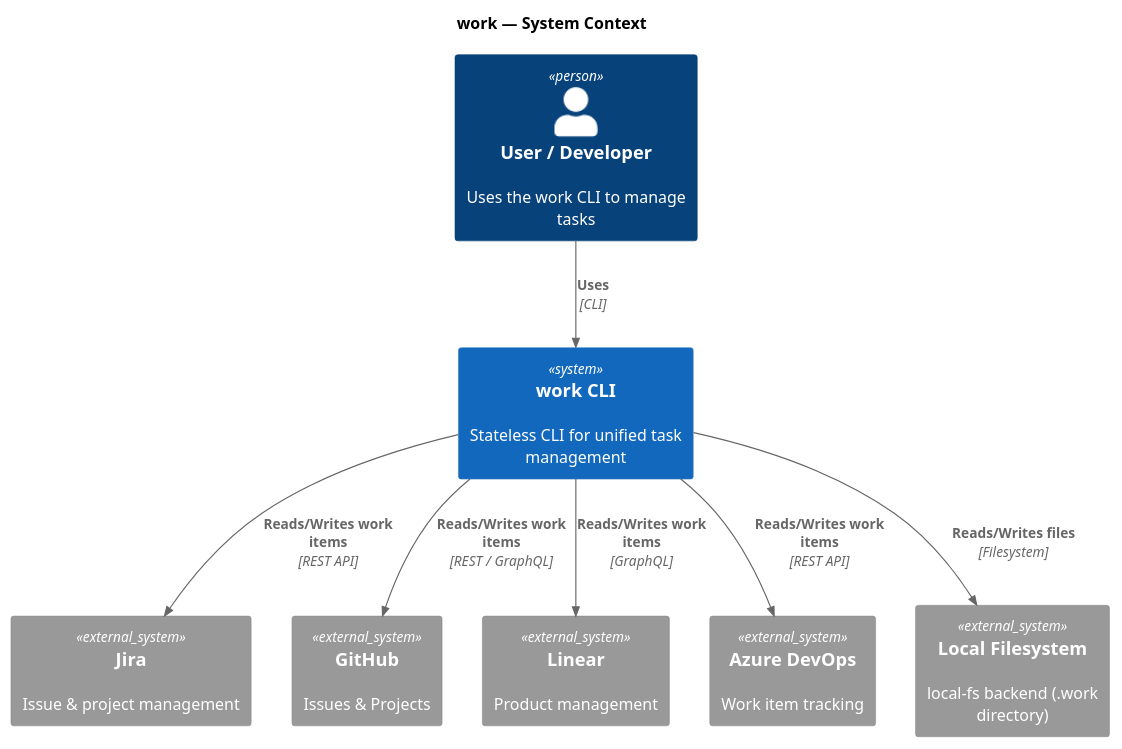
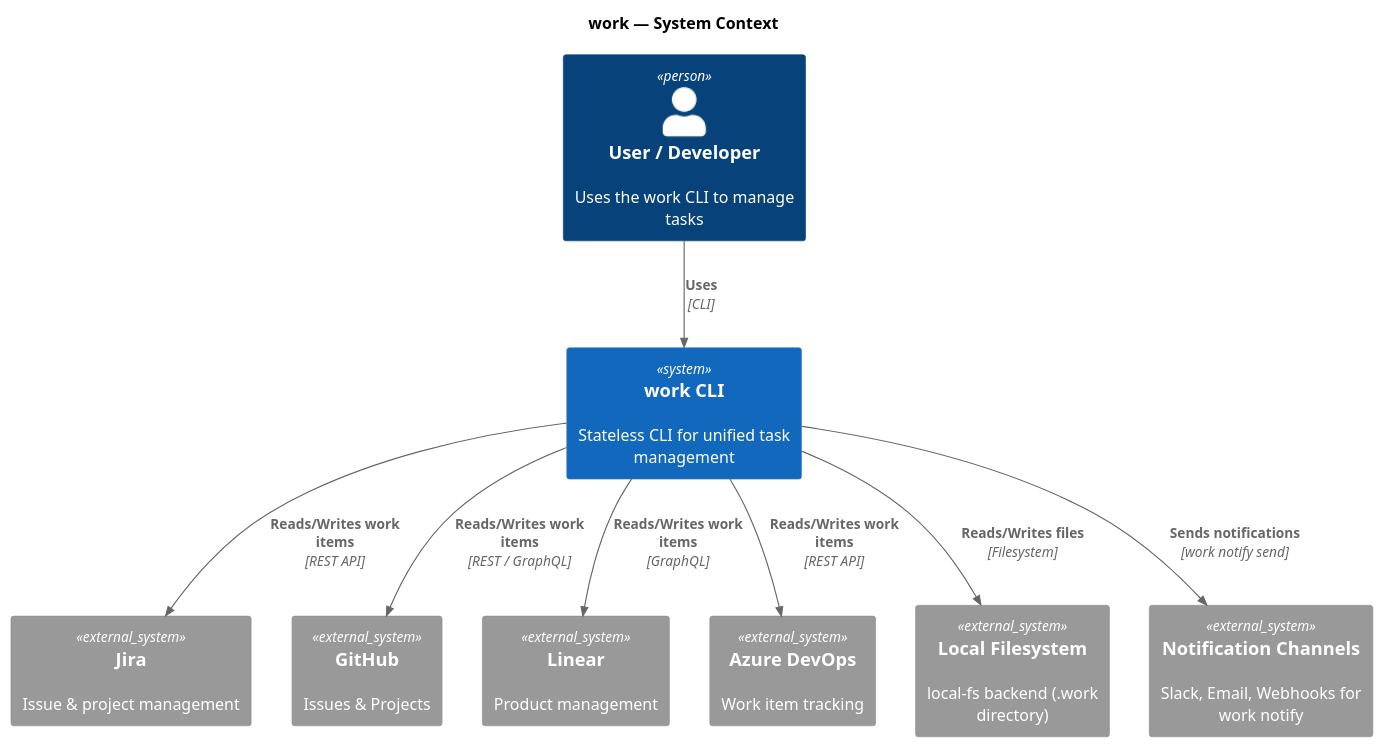
Before and after one commit to tbrandenburg/work: the first of 4 diagrams in docs/work-c4-architecture.md, drawn with PlantUML. The commit also changed 84 other files, not shown here.

````diff
--- a/docs/work-c4-architecture.md
+++ b/docs/work-c4-architecture.md
@@ -11,25 +11,27 @@
 ```plantuml
 @startuml
 !include <C4/C4_Context>
 
 title work — System Context
 
 Person(user, "User / Developer", "Uses the work CLI to manage tasks")
 
 System(work, "work CLI", "Stateless CLI for unified task management")
 
 System_Ext(jira, "Jira", "Issue & project management")
 System_Ext(github, "GitHub", "Issues & Projects")
 System_Ext(linear, "Linear", "Product management")
 System_Ext(ado, "Azure DevOps", "Work item tracking")
 System_Ext(fs, "Local Filesystem", "local-fs backend (.work directory)")
+System_Ext(notifications, "Notification Channels", "Slack, Email, Webhooks for work notify")
 
 Rel(user, work, "Uses", "CLI")
 Rel(work, jira, "Reads/Writes work items", "REST API")
 Rel(work, github, "Reads/Writes work items", "REST / GraphQL")
 Rel(work, linear, "Reads/Writes work items", "GraphQL")
 Rel(work, ado, "Reads/Writes work items", "REST API")
 Rel(work, fs, "Reads/Writes files", "Filesystem")
+Rel(work, notifications, "Sends notifications", "work notify send")
 
 @enduml
 ```
````
